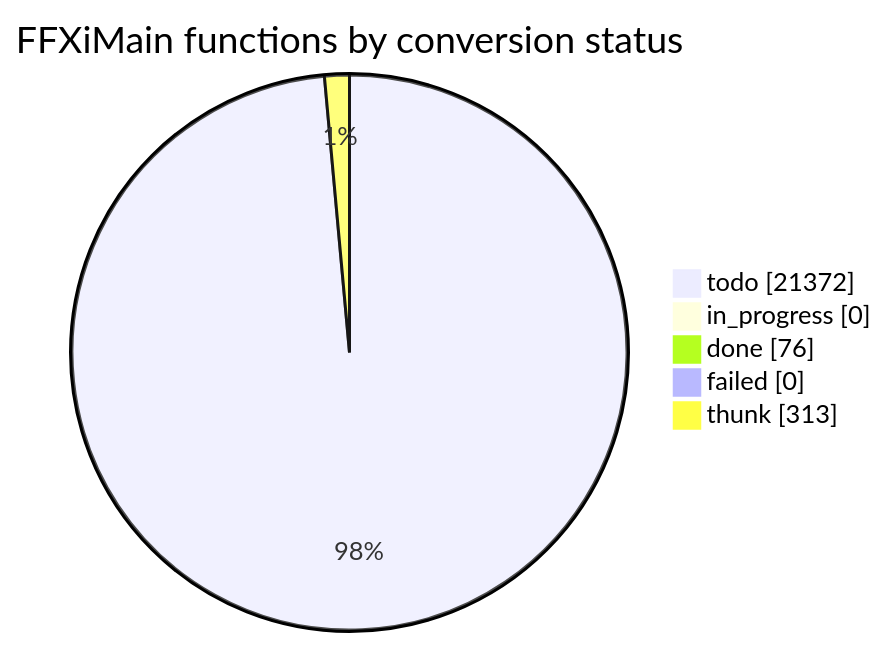
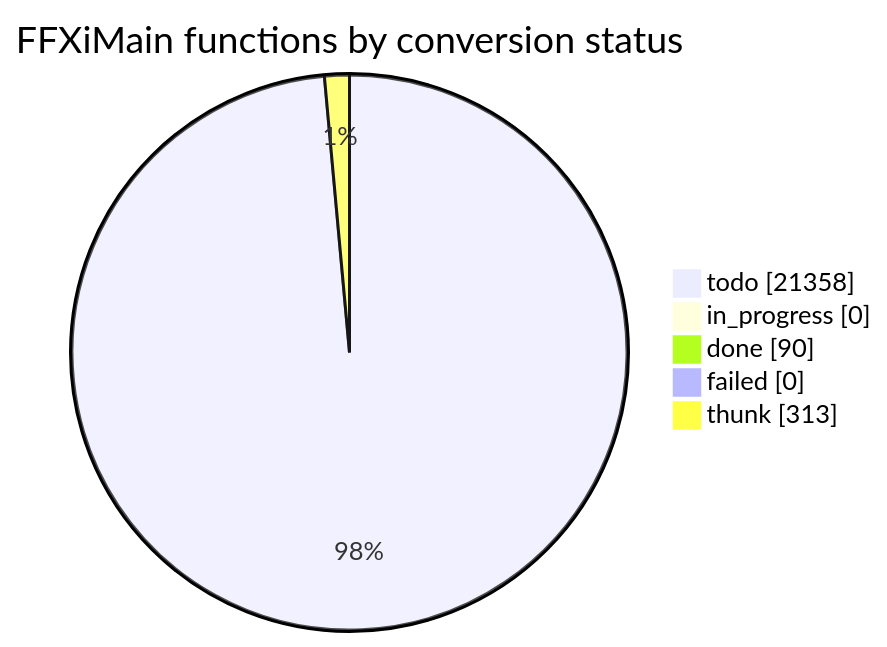
Before and after one commit to cowrevenge/cow_kuluu_xi_anything: the diagram in docs/cow/STATUS.md, drawn with Mermaid. The commit also changed other lines of this file and 21 other files, not shown here.

````diff
--- a/docs/cow/STATUS.md
+++ b/docs/cow/STATUS.md
@@ -18,9 +18,9 @@
 ```mermaid
 pie showData
     title FFXiMain functions by conversion status
-    "todo" : 21372
+    "todo" : 21358
     "in_progress" : 0
-    "done" : 76
+    "done" : 90
     "failed" : 0
     "thunk" : 313
 ```
````
